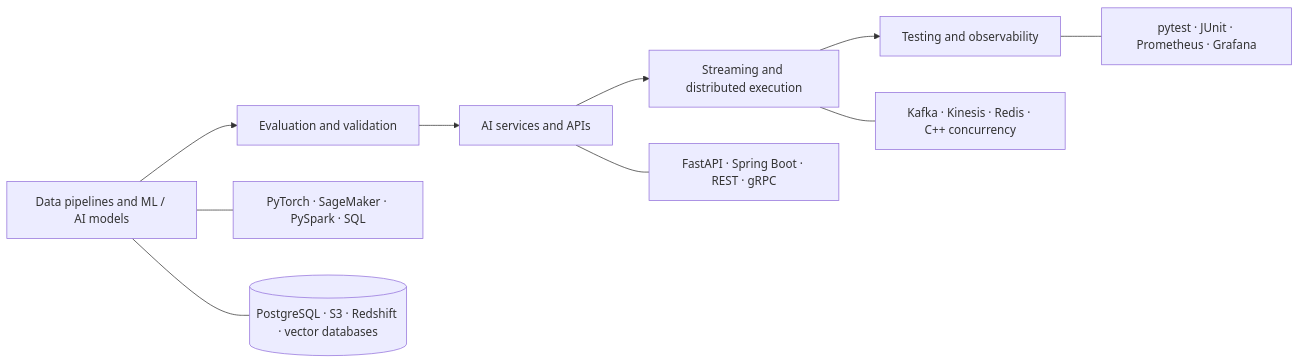
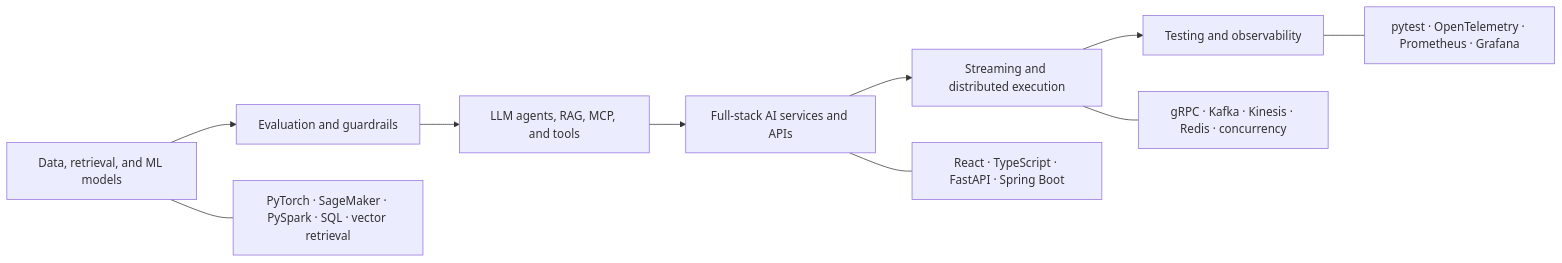
One commit to shrutilekkala/shrutilekkala changed the diagram in README.md. Above: the diagram before and after it, drawn with Mermaid. The commit also changed other lines of this file, not shown here.

Commit message:
Strengthen full-stack agentic AI positioning

````diff
--- a/README.md
+++ b/README.md
@@ -15,13 +22,13 @@
 ```mermaid
 flowchart LR
-    Data[Data pipelines and ML / AI models] --> Eval[Evaluation and validation]
-    Eval --> Services[AI services and APIs]
+    Data[Data, retrieval, and ML models] --> Eval[Evaluation and guardrails]
+    Eval --> Agents[LLM agents, RAG, MCP, and tools]
+    Agents --> Services[Full-stack AI services and APIs]
     Services --> Runtime[Streaming and distributed execution]
     Runtime --> Reliability[Testing and observability]
 
-    Data --- D[PyTorch · SageMaker · PySpark · SQL]
-    Data --- Storage[(PostgreSQL · S3 · Redshift · vector databases)]
-    Services --- S[FastAPI · Spring Boot · REST · gRPC]
-    Runtime --- R[Kafka · Kinesis · Redis · C++ concurrency]
-    Reliability --- O[pytest · JUnit · Prometheus · Grafana]
+    Data --- D[PyTorch · SageMaker · PySpark · SQL · vector retrieval]
+    Services --- S[React · TypeScript · FastAPI · Spring Boot]
+    Runtime --- R[gRPC · Kafka · Kinesis · Redis · concurrency]
+    Reliability --- O[pytest · OpenTelemetry · Prometheus · Grafana]
 ```
````
